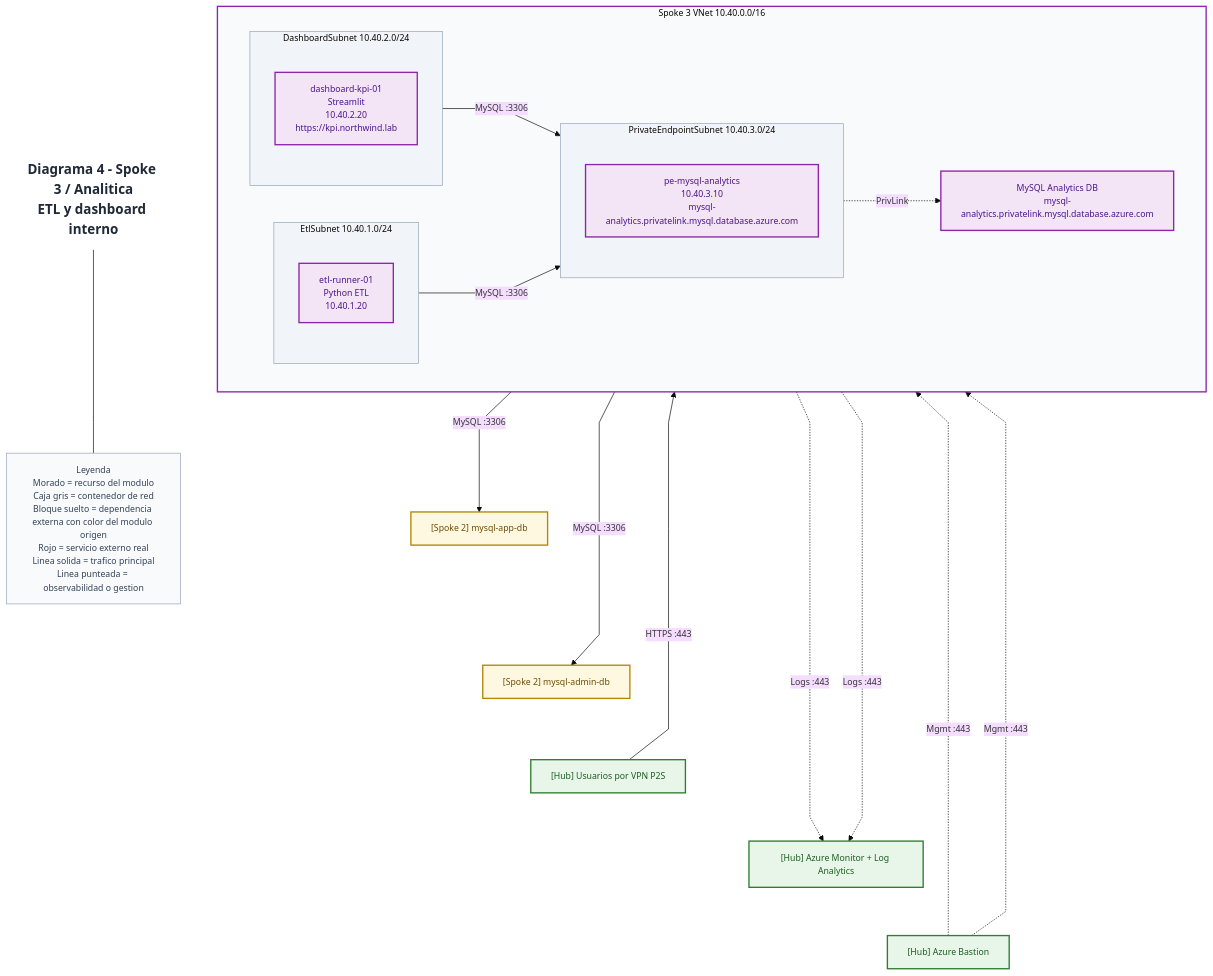
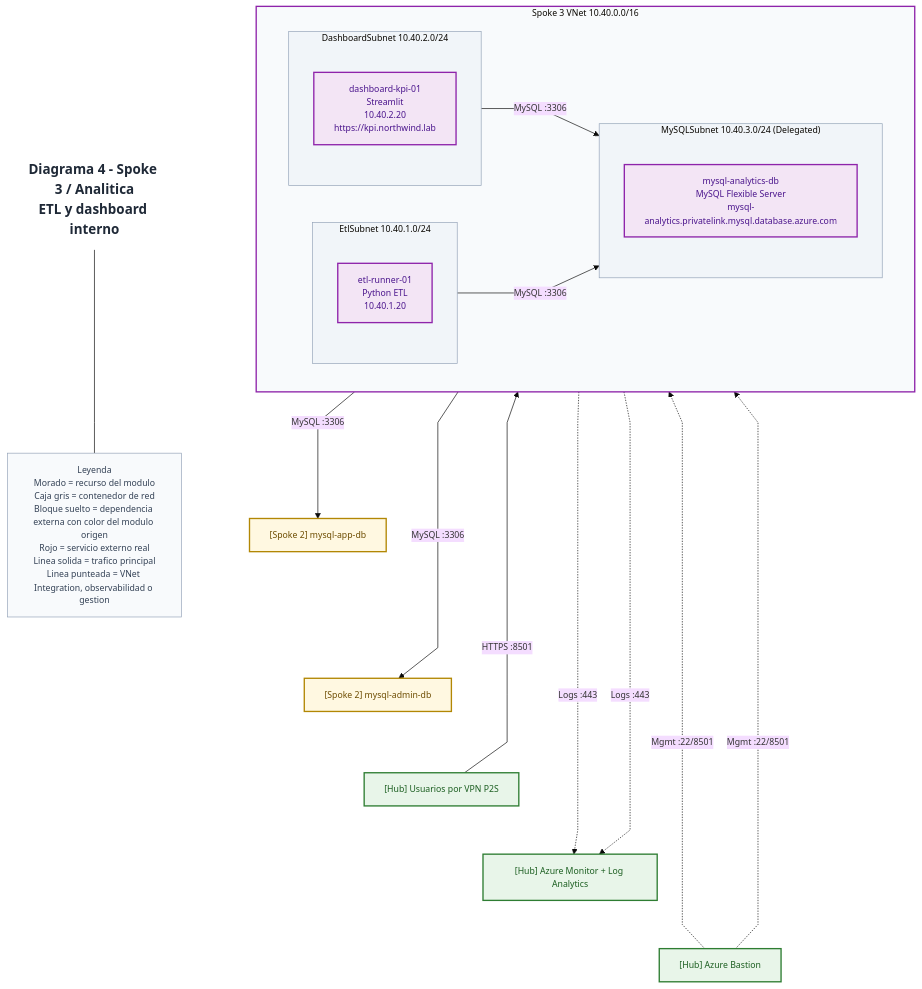
One commit to Eickyair/azure-hubspoke-private-intranet changed the fifth of 5 diagrams in README.md. Above: the diagram before and after it, drawn with Mermaid. The commit also changed other lines of this file and 6 other files, not shown here.

Commit message:
docs: update architecture diagrams and component documentation to align with Terraform infrastructure

````diff
--- a/README.md
+++ b/README.md
@@ -535,62 +551,59 @@
 ```mermaid
 %%{init: {"theme": "base", "flowchart": {"curve": "linear", "nodeSpacing": 55, "rankSpacing": 72}, "themeVariables": {"fontFamily": "Trebuchet MS", "fontSize": "13px"}} }%%
 flowchart TB
     title["Diagrama 4 - Spoke 3 / Analitica<br/>ETL y dashboard interno"]:::title
-    legend["Leyenda<br/>Morado = recurso del modulo<br/>Caja gris = contenedor de red<br/>Bloque suelto = dependencia externa con color del modulo origen<br/>Rojo = servicio externo real<br/>Linea solida = trafico principal<br/>Linea punteada = observabilidad o gestion"]:::legend
+    legend["Leyenda<br/>Morado = recurso del modulo<br/>Caja gris = contenedor de red<br/>Bloque suelto = dependencia externa con color del modulo origen<br/>Rojo = servicio externo real<br/>Linea solida = trafico principal<br/>Linea punteada = VNet Integration, observabilidad o gestion"]:::legend
     title --- legend
 
     subgraph spoke3["Spoke 3 VNet 10.40.0.0/16"]
         direction LR
         subgraph etlsubnet["EtlSubnet 10.40.1.0/24"]
             direction TB
             etl["etl-runner-01<br/>Python ETL<br/>10.40.1.20"]:::analytics
         end
 
         subgraph dashboardsubnet["DashboardSubnet 10.40.2.0/24"]
             direction TB
             dashboard["dashboard-kpi-01<br/>Streamlit<br/>10.40.2.20<br/>https://kpi.northwind.lab"]:::analytics
         end
 
-        subgraph pesubnet["PrivateEndpointSubnet 10.40.3.0/24"]
+        subgraph mysqlsubnet["MySQLSubnet 10.40.3.0/24 (Delegated)"]
             direction TB
-            peanalytics["pe-mysql-analytics<br/>10.40.3.10<br/>mysql-analytics.privatelink.mysql.database.azure.com"]:::analytics
+            mysqlanalytics["mysql-analytics-db<br/>MySQL Flexible Server<br/>mysql-analytics.privatelink.mysql.database.azure.com"]:::analytics
         end
-
-        analyticsdb["MySQL Analytics DB<br/>mysql-analytics.privatelink.mysql.database.azure.com"]:::analytics
     end
 
     dbapp["[Spoke 2] mysql-app-db"]:::data
     dbadmin["[Spoke 2] mysql-admin-db"]:::data
     vpnusers["[Hub] Usuarios por VPN P2S"]:::hub
     monitor["[Hub] Azure Monitor + Log Analytics"]:::hub
     bastion["[Hub] Azure Bastion"]:::hub
 
     etl -->|"MySQL :3306"| dbapp
     etl -->|"MySQL :3306"| dbadmin
-    etl -->|"MySQL :3306"| peanalytics
-    peanalytics -.->|"PrivLink"| analyticsdb
-    dashboard -->|"MySQL :3306"| peanalytics
-    vpnusers -->|"HTTPS :443"| dashboard
+    etl -->|"MySQL :3306"| mysqlanalytics
+    dashboard -->|"MySQL :3306"| mysqlanalytics
+    vpnusers -->|"HTTPS :8501"| dashboard
     etl -.->|"Logs :443"| monitor
     dashboard -.->|"Logs :443"| monitor
-    bastion -.->|"Mgmt :443"| etl
-    bastion -.->|"Mgmt :443"| dashboard
+    bastion -.->|"Mgmt :22/8501"| etl
+    bastion -.->|"Mgmt :22/8501"| dashboard
 
     dbapp ~~~ dbadmin
     dbadmin ~~~ vpnusers
     vpnusers ~~~ monitor
     monitor ~~~ bastion
 
     style spoke3 fill:#f8fafc,stroke:#8e24aa,stroke-width:2px;
     style etlsubnet fill:#f1f5f9,stroke:#94a3b8,stroke-width:1px;
     style dashboardsubnet fill:#f1f5f9,stroke:#94a3b8,stroke-width:1px;
-    style pesubnet fill:#f1f5f9,stroke:#94a3b8,stroke-width:1px;
+    style mysqlsubnet fill:#f1f5f9,stroke:#94a3b8,stroke-width:1px;
 
     classDef title fill:#ffffff,stroke:#ffffff,color:#1f2937,font-size:20px,font-weight:bold;
     classDef legend fill:#f8fafc,stroke:#94a3b8,color:#334155;
     classDef hub fill:#e8f5e9,stroke:#2e7d32,color:#1b5e20,stroke-width:2px;
     classDef app fill:#e3f2fd,stroke:#1565c0,color:#0d47a1,stroke-width:2px;
     classDef data fill:#fff8e1,stroke:#b28704,color:#6d4c00,stroke-width:2px;
     classDef analytics fill:#f3e5f5,stroke:#8e24aa,color:#4a148c,stroke-width:2px;
     classDef external fill:#ffebee,stroke:#c62828,color:#7f1d1d,stroke-width:2px;
 ```
````
